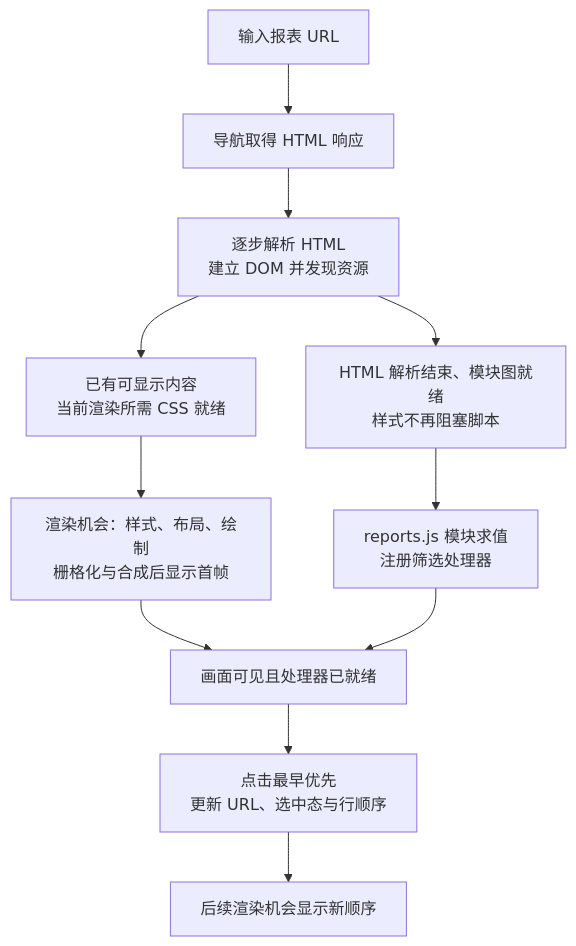
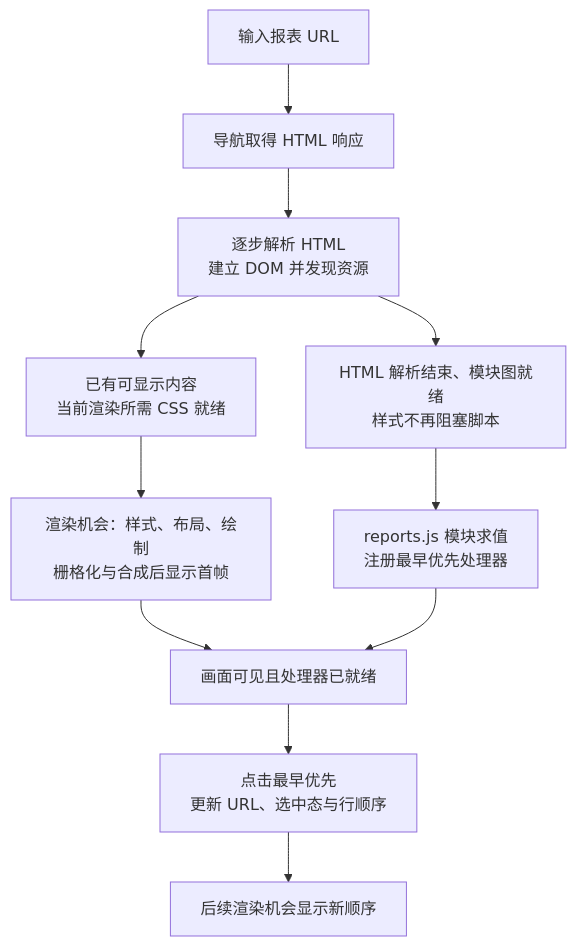
Before and after one commit to Negronii/MyNotes: the diagram in frontend/browser/browser-basics.md, drawn with Mermaid. The commit also changed other lines of this file and 20 other files, not shown here.

```diff
--- a/frontend/browser/browser-basics.md
+++ b/frontend/browser/browser-basics.md
@@ -5,13 +5,13 @@
 ~~~mermaid
 flowchart TD
     A[输入报表 URL] --> B[导航取得 HTML 响应]
     B --> C[逐步解析 HTML<br/>建立 DOM 并发现资源]
     C --> D[已有可显示内容<br/>当前渲染所需 CSS 就绪]
     C --> E[HTML 解析结束、模块图就绪<br/>样式不再阻塞脚本]
     D --> F[渲染机会：样式、布局、绘制<br/>栅格化与合成后显示首帧]
-    E --> G[reports.js 模块求值<br/>注册筛选处理器]
+    E --> G[reports.js 模块求值<br/>注册最早优先处理器]
     F --> H[画面可见且处理器已就绪]
     G --> H
     H --> I[点击最早优先<br/>更新 URL、选中态与行顺序]
     I --> J[后续渲染机会显示新顺序]
 ~~~
```
